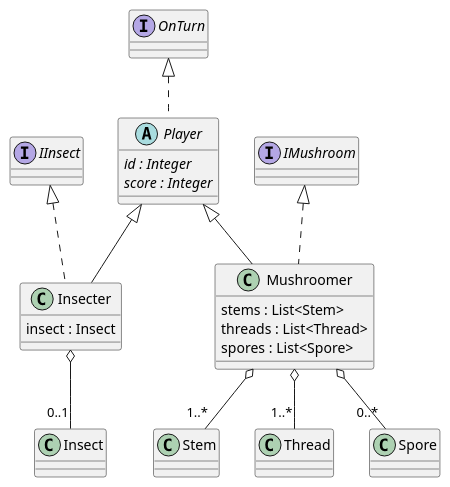
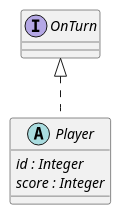
One commit to Petya-G/fungorium changed the diagram in 4/classes/player.puml. Above: the diagram before and after it, drawn with PlantUML. The commit also changed 10 other files, not shown here.

```diff
--- a/4/classes/player.puml
+++ b/4/classes/player.puml
@@ -1,22 +1,8 @@
 @startuml player
 
 abstract class Player implements OnTurn{
     {abstract} id : Integer
     {abstract} score : Integer
 }
 
-Insecter o-- "0..1" Insect
-class Insecter extends Player implements IInsect{
-    insect : Insect
-}
-
-Mushroomer o-- "1..*" Stem
-Mushroomer o-- "1..*" Thread
-Mushroomer o-- "0..*" Spore
-class Mushroomer extends Player implements IMushroom{
-    stems : List<Stem>
-    threads : List<Thread>
-    spores : List<Spore>
-}
-
 @enduml
```
